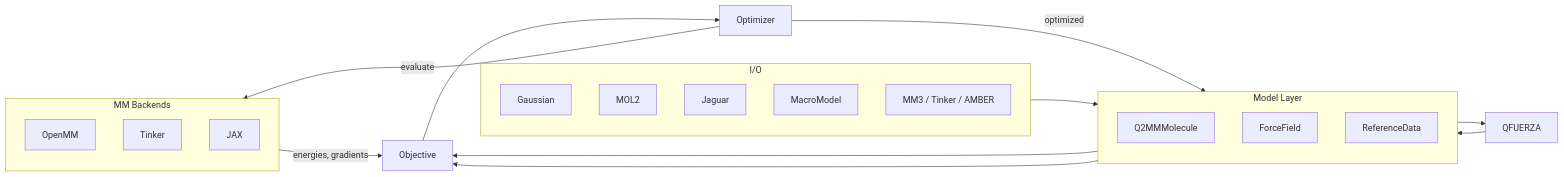
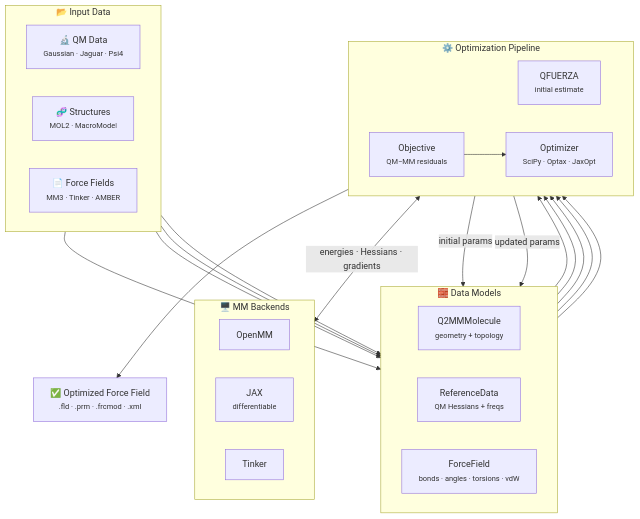
Before and after one commit to ericchansen/q2mm: the diagram in docs/index.md, drawn with Mermaid. The commit also changed other lines of this file and 69 other files, not shown here.

First line of the commit message:
feat: per-molecule JaxLoss split, optimizer routing, MM3 fixes

````diff
--- a/docs/index.md
+++ b/docs/index.md
@@ -33,38 +41,57 @@
 ```mermaid
-flowchart LR
-    subgraph IO["I/O"]
-        direction TB
-        G[Gaussian]
-        M[MOL2]
-        J[Jaguar]
-        MM[MacroModel]
-        FFio[MM3 / Tinker / AMBER]
+flowchart TD
+    %% ── Input sources ──
+    subgraph Inputs["📂 Input Data"]
+        direction LR
+        QM["🔬 QM Data<br/><small>Gaussian · Jaguar · Psi4</small>"]
+        STRUCT["🧬 Structures<br/><small>MOL2 · MacroModel</small>"]
+        FFIN["📄 Force Fields<br/><small>MM3 · Tinker · AMBER</small>"]
     end
 
-    subgraph Models["Model Layer"]
-        direction TB
-        MOL[Q2MMMolecule]
-        FF[ForceField]
-        RD[ReferenceData]
+    %% ── Models ──
+    subgraph Models["🧱 Data Models"]
+        direction LR
+        MOL["Q2MMMolecule<br/><small>geometry + topology</small>"]
+        RD["ReferenceData<br/><small>QM Hessians + freqs</small>"]
+        FF["ForceField<br/><small>bonds · angles · torsions · vdW</small>"]
     end
 
-    Q[QFUERZA]
-    OBJ[Objective]
-    OPT[Optimizer]
-
-    subgraph Backends["MM Backends"]
-        direction TB
-        OMM[OpenMM]
-        TK[Tinker]
-        JX[JAX]
+    %% ── Core pipeline ──
+    subgraph Pipeline["⚙️ Optimization Pipeline"]
+        direction LR
+        QFUERZA["QFUERZA<br/><small>initial estimate</small>"]
+        OBJ["Objective<br/><small>QM−MM residuals</small>"]
+        OPT["Optimizer<br/><small>SciPy · Optax · JaxOpt</small>"]
     end
 
-    IO --> Models
-    Models --> Q --> FF
+    %% ── Backends ──
+    subgraph Backends["🖥️ MM Backends"]
+        direction LR
+        OMM["OpenMM"]
+        JX["JAX<br/><small>differentiable</small>"]
+        TK["Tinker"]
+    end
+
+    %% ── Output ──
+    FFOUT["✅ Optimized Force Field<br/><small>.fld · .prm · .frcmod · .xml</small>"]
+
+    %% ── Connections ──
+    QM --> RD
+    QM --> MOL
+    STRUCT --> MOL
+    FFIN --> FF
+
+    MOL --> QFUERZA
+    FF --> QFUERZA
+    QFUERZA -->|"initial params"| FF
+
+    RD --> OBJ
     FF --> OBJ
-    RD --> OBJ
+    MOL --> OBJ
     OBJ --> OPT
-    OPT -->|evaluate| Backends
-    Backends -->|energies, gradients| OBJ
-    OPT -->|optimized| FF
+
+    OPT <-->|"energies · Hessians · gradients"| Backends
+    OPT -->|"updated params"| FF
+
+    OPT --> FFOUT
 ```
````
